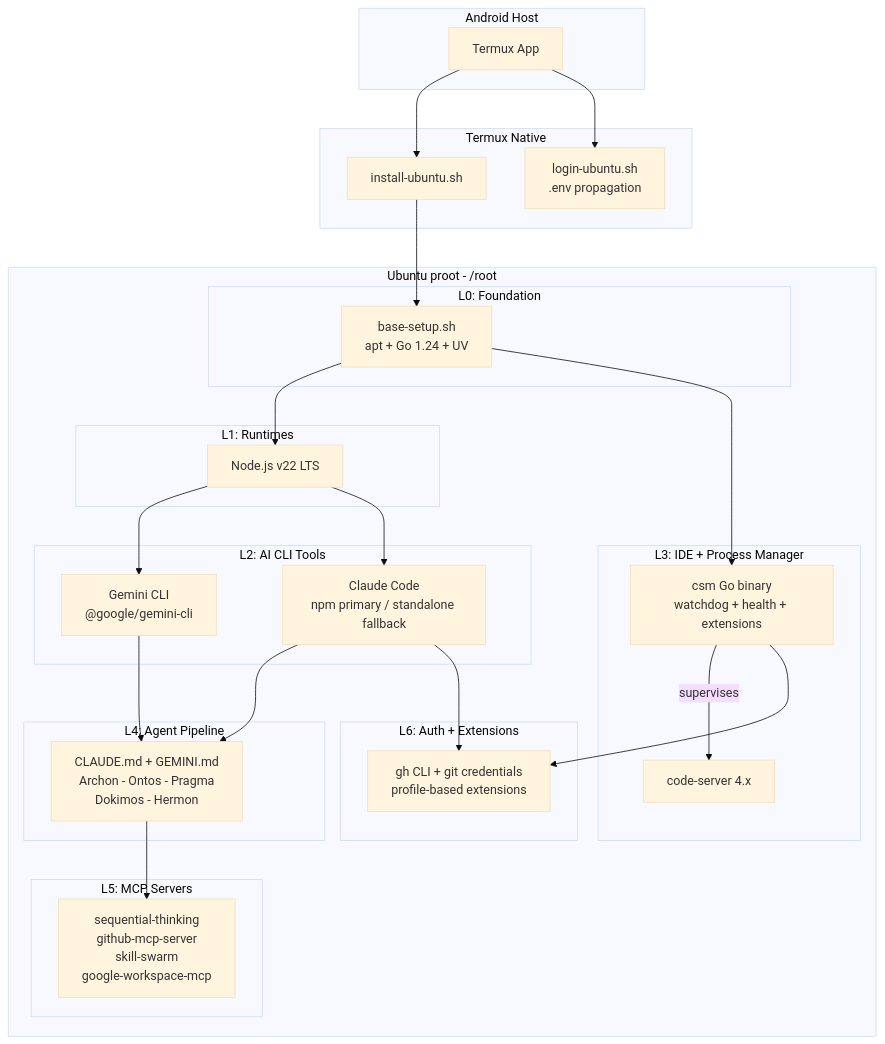
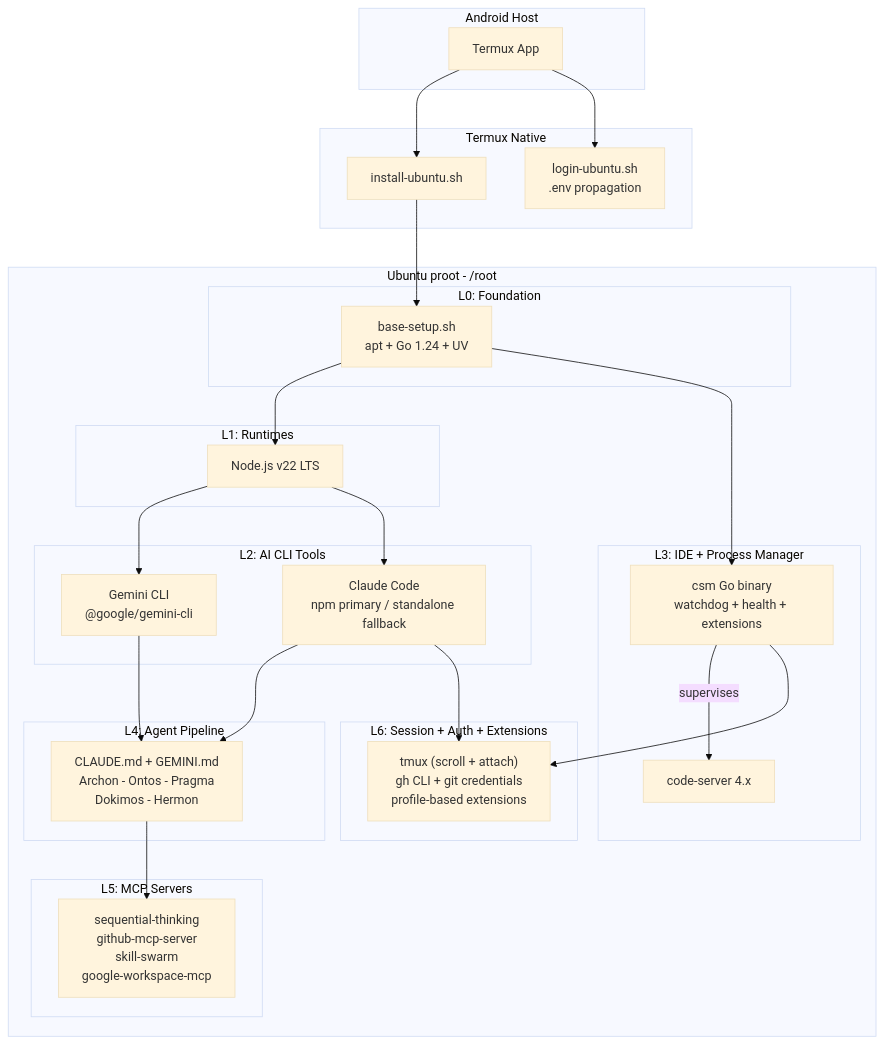
The first of 7 diagrams in README.md (ancrz/termux-linux-deployer), drawn with Mermaid (base theme) before and after one commit. The commit also changed other lines of this file and 4 other files, not shown here.

First line of the commit message:
feat: add tmux session management to pipeline

````diff
--- a/README.md
+++ b/README.md
@@ -11,51 +11,51 @@
 ```mermaid
 graph TB
     subgraph "Android Host"
         A["Termux App"]
     end
 
     subgraph "Termux Native"
         B["install-ubuntu.sh"]
         L["login-ubuntu.sh<br/>.env propagation"]
     end
 
     subgraph "Ubuntu proot - /root"
         subgraph "L0: Foundation"
             C["base-setup.sh<br/>apt + Go 1.24 + UV"]
         end
 
         subgraph "L1: Runtimes"
             D["Node.js v22 LTS"]
         end
 
         subgraph "L2: AI CLI Tools"
             G["Gemini CLI<br/>@google/gemini-cli"]
             H["Claude Code<br/>npm primary / standalone fallback"]
         end
 
         subgraph "L3: IDE + Process Manager"
             I["csm Go binary<br/>watchdog + health + extensions"]
             J["code-server 4.x"]
         end
 
         subgraph "L4: Agent Pipeline"
             K["CLAUDE.md + GEMINI.md<br/>Archon - Ontos - Pragma<br/>Dokimos - Hermon"]
         end
 
         subgraph "L5: MCP Servers"
             M["sequential-thinking<br/>github-mcp-server<br/>skill-swarm<br/>google-workspace-mcp"]
         end
 
-        subgraph "L6: Auth + Extensions"
-            N["gh CLI + git credentials<br/>profile-based extensions"]
+        subgraph "L6: Session + Auth + Extensions"
+            N["tmux (scroll + attach)<br/>gh CLI + git credentials<br/>profile-based extensions"]
         end
     end
 
     A --> B --> C
     A --> L
     C --> D --> G & H
     C --> I -->|supervises| J
     G & H --> K --> M
     H --> N
     I --> N
 ```
````
